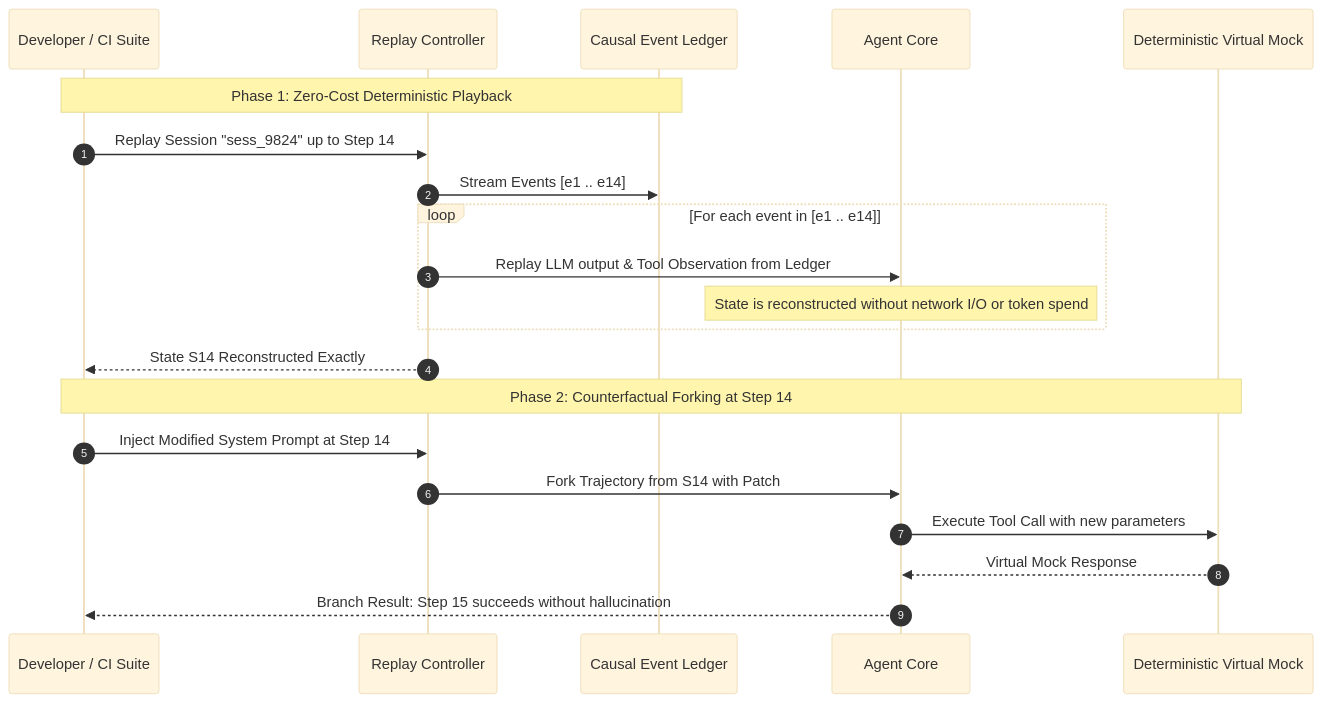
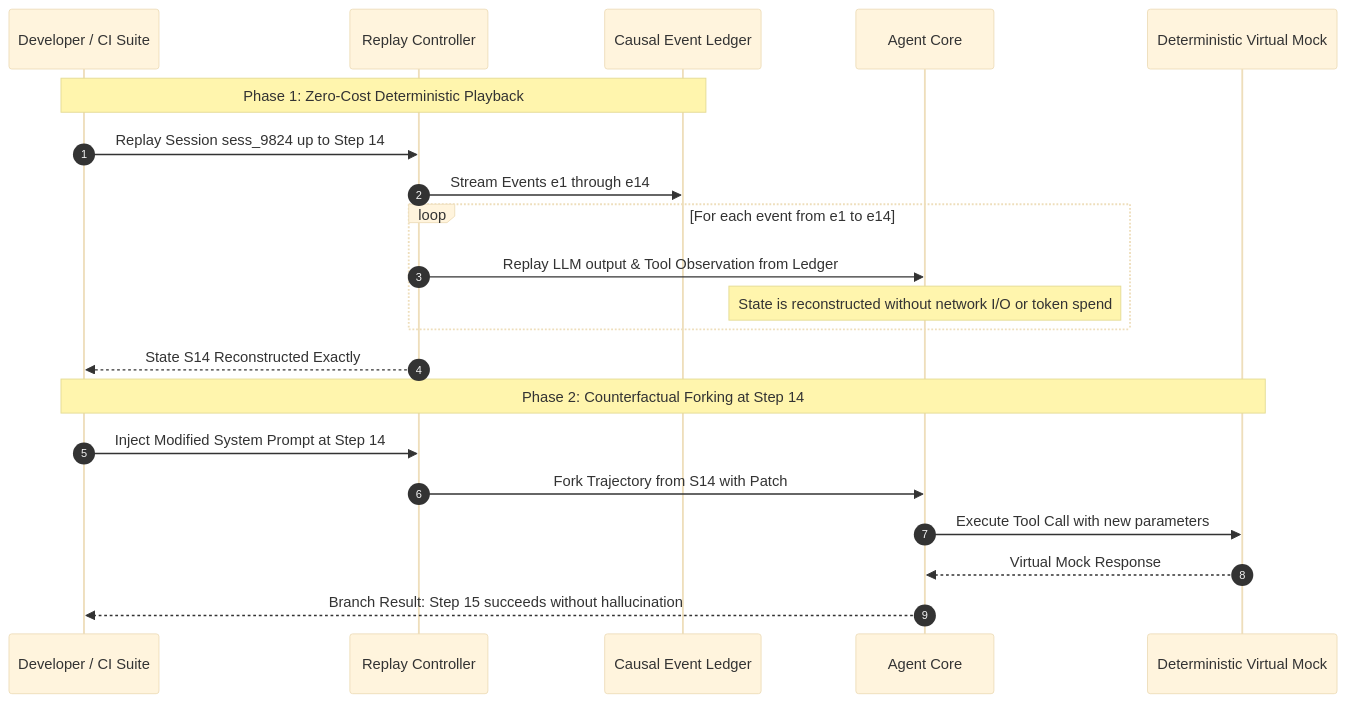
Before and after one commit to prethiv/Agentic-AI-Case-studies: the second of 2 diagrams in case-studies/15-deterministic-event-sourced-replay/README.md, drawn with Mermaid (base theme). The commit also changed other lines of this file and 4 other files, not shown here.

Commit message:
fix(docs): resolve Mermaid syntax errors in case studies 12-15 and add validation test suite

````diff
--- a/case-studies/15-deterministic-event-sourced-replay/README.md
+++ b/case-studies/15-deterministic-event-sourced-replay/README.md
@@ -120,25 +120,25 @@
 ```mermaid
 sequenceDiagram
     autonumber
     participant Dev as Developer / CI Suite
     participant Engine as Replay Controller
     participant Ledger as Causal Event Ledger
     participant Agent as Agent Core
     participant Mock as Deterministic Virtual Mock
 
     Note over Dev,Ledger: Phase 1: Zero-Cost Deterministic Playback
-    Dev->>Engine: Replay Session "sess_9824" up to Step 14
-    Engine->>Ledger: Stream Events [e1 .. e14]
-    loop For each event in [e1 .. e14]
+    Dev->>Engine: Replay Session sess_9824 up to Step 14
+    Engine->>Ledger: Stream Events e1 through e14
+    loop For each event from e1 to e14
         Engine->>Agent: Replay LLM output & Tool Observation from Ledger
         Note over Agent: State is reconstructed without network I/O or token spend
     end
     Engine-->>Dev: State S14 Reconstructed Exactly
 
     Note over Dev,Mock: Phase 2: Counterfactual Forking at Step 14
     Dev->>Engine: Inject Modified System Prompt at Step 14
     Engine->>Agent: Fork Trajectory from S14 with Patch
     Agent->>Mock: Execute Tool Call with new parameters
     Mock-->>Agent: Virtual Mock Response
     Agent-->>Dev: Branch Result: Step 15 succeeds without hallucination
 ```
````
